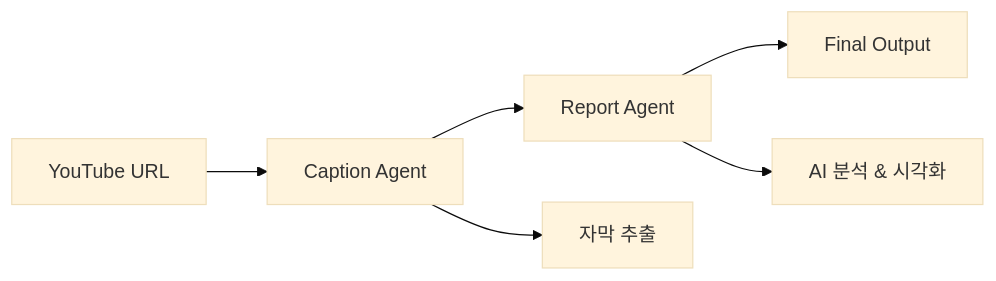
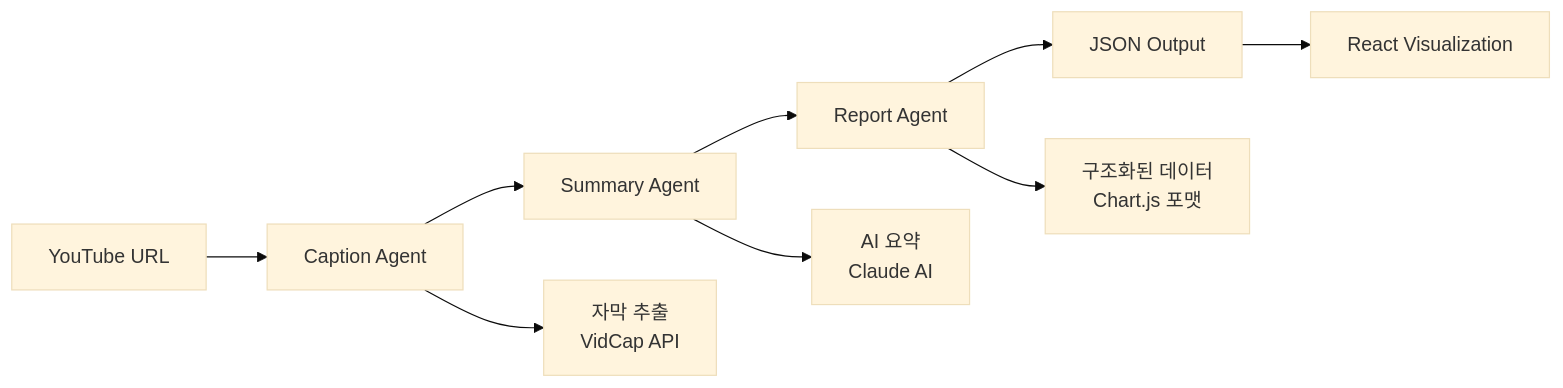
One commit to AWS-CloudSchool-8th/youtube-reporter changed the diagram in README.md. Above: the diagram before and after it, drawn with Mermaid (base theme). The commit also changed other lines of this file and 1 other file, not shown here.

````diff
--- a/README.md
+++ b/README.md
@@ -121,9 +124,12 @@
 ```mermaid
 graph LR
     A[YouTube URL] --> B[Caption Agent]
-    B --> C[Report Agent]
-    C --> D[Final Output]
-    
-    B --> E[자막 추출]
-    C --> F[AI 분석 & 시각화]
+    B --> C[Summary Agent]
+    C --> D[Report Agent]
+    D --> E[JSON Output]
+    E --> F[React Visualization]
+
+    B --> G[자막 추출<br/>VidCap API]
+    C --> H[AI 요약<br/>Claude AI]
+    D --> I[구조화된 데이터<br/>Chart.js 포맷]
 ```
````
